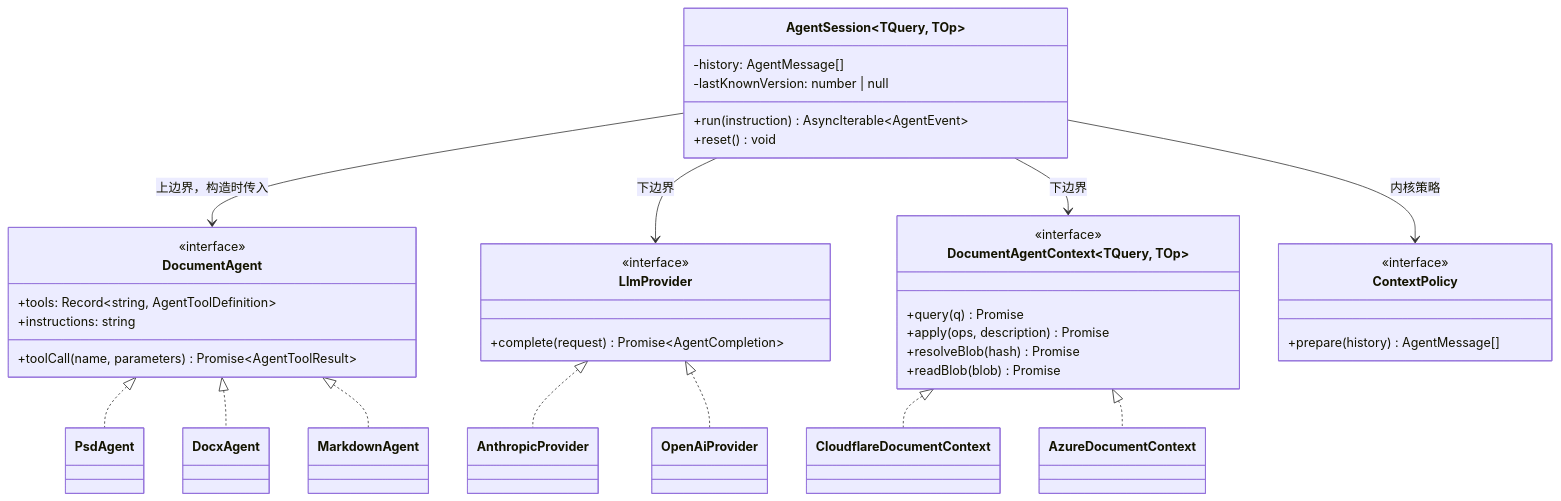
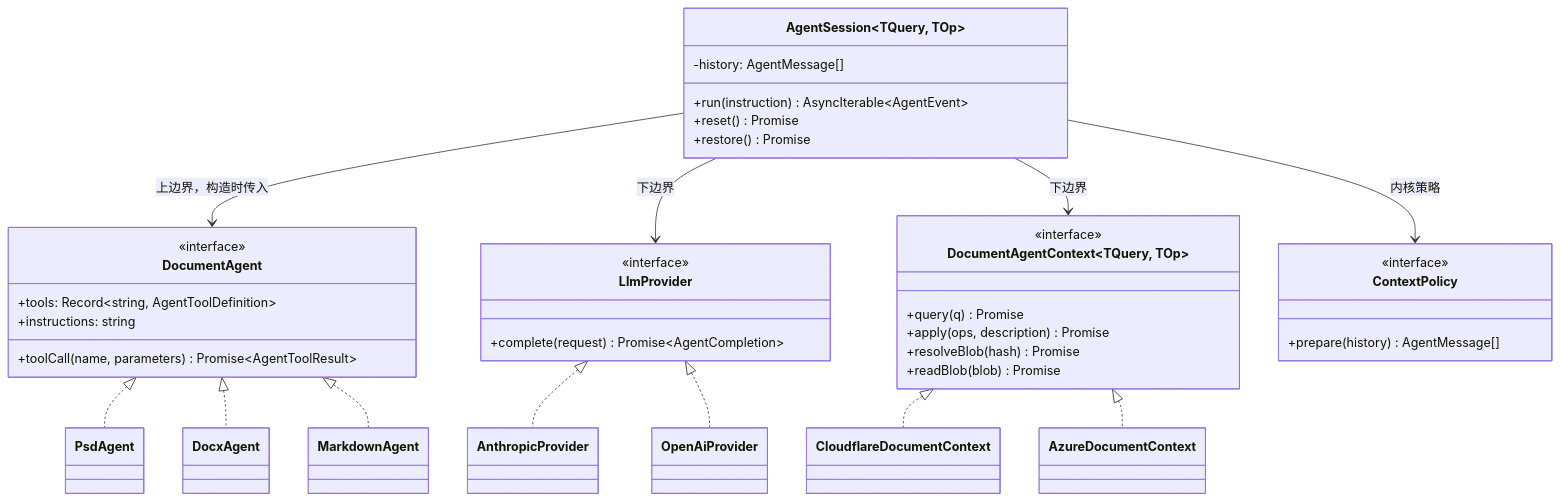
The fifth of 14 diagrams in docs/superpowers/specs/2026-08-26-agent-sdk-design.md (shazhou-ww/unidocs), drawn with Mermaid before and after one commit. The commit also changed other lines of this file, not shown here.

````diff
--- a/docs/superpowers/specs/2026-08-26-agent-sdk-design.md
+++ b/docs/superpowers/specs/2026-08-26-agent-sdk-design.md
@@ -266,55 +266,55 @@
 ```mermaid
 classDiagram
     class DocumentAgent {
         <<interface>>
         +tools: Record~string, AgentToolDefinition~
         +instructions: string
         +toolCall(name, parameters) Promise~AgentToolResult~
     }
 
     class PsdAgent
     class DocxAgent
     class MarkdownAgent
 
     class AgentSession~TQuery, TOp~ {
         -history: AgentMessage[]
-        -lastKnownVersion: number | null
         +run(instruction) AsyncIterable~AgentEvent~
-        +reset() void
+        +reset() Promise
+        +restore() Promise
     }
 
     class LlmProvider {
         <<interface>>
         +complete(request) Promise~AgentCompletion~
     }
 
     class DocumentAgentContext~TQuery, TOp~ {
         <<interface>>
         +query(q) Promise
         +apply(ops, description) Promise
         +resolveBlob(hash) Promise
         +readBlob(blob) Promise
     }
 
     class ContextPolicy {
         <<interface>>
         +prepare(history) AgentMessage[]
     }
 
     class AnthropicProvider
     class OpenAiProvider
     class CloudflareDocumentContext
     class AzureDocumentContext
 
     AgentSession --> DocumentAgent : 上边界，构造时传入
     AgentSession --> LlmProvider : 下边界
     AgentSession --> DocumentAgentContext : 下边界
     AgentSession --> ContextPolicy : 内核策略
     DocumentAgent <|.. PsdAgent
     DocumentAgent <|.. DocxAgent
     DocumentAgent <|.. MarkdownAgent
     LlmProvider <|.. AnthropicProvider
     LlmProvider <|.. OpenAiProvider
     DocumentAgentContext <|.. CloudflareDocumentContext
     DocumentAgentContext <|.. AzureDocumentContext
 ```
````
